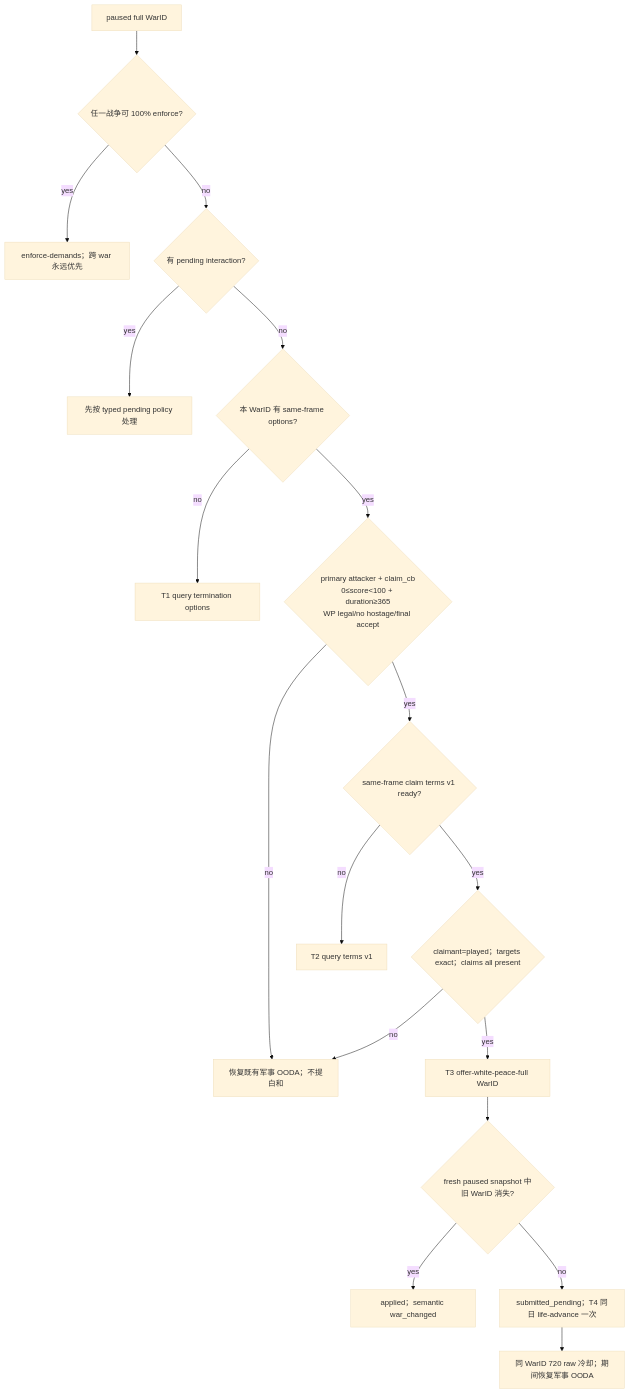
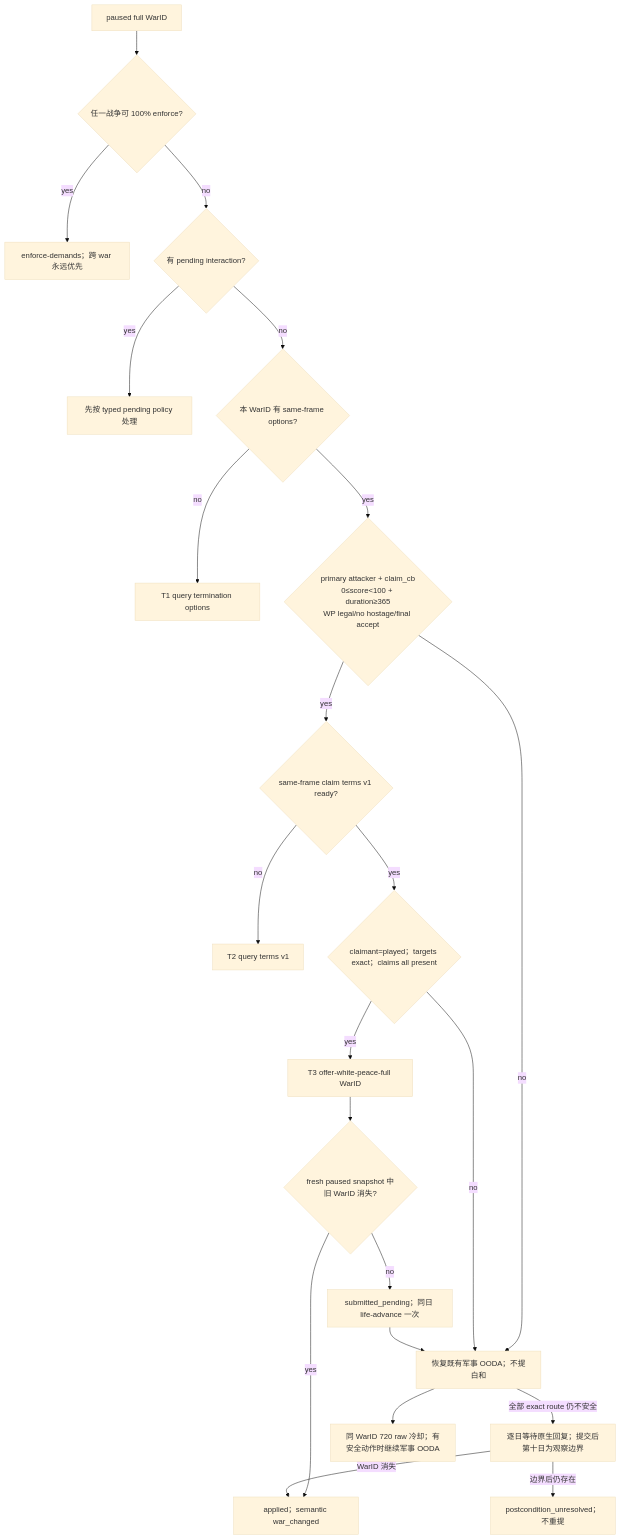
Diagram 15 of 18 in docs/ck3-native-ai/war-termination.md (XenoAmess/ck3_eternal_recurrence), drawn with Mermaid (base theme) before and after one commit. The commit also changed other lines of this file and 6 other files, not shown here.

````diff
--- a/docs/ck3-native-ai/war-termination.md
+++ b/docs/ck3-native-ai/war-termination.md
@@ -1417,20 +1417,24 @@
 ```mermaid
 flowchart TD
     S["paused full WarID"] --> E{"任一战争可 100% enforce?"}
     E -->|yes| V["enforce-demands；跨 war 永远优先"]
     E -->|no| P{"有 pending interaction?"}
     P -->|yes| PI["先按 typed pending policy 处理"]
     P -->|no| O{"本 WarID 有 same-frame options?"}
     O -->|no| QO["T1 query termination options"]
     O -->|yes| G{"primary attacker + claim_cb<br/>0≤score<100 + duration≥365<br/>WP legal/no hostage/final accept"}
     G -->|no| M["恢复既有军事 OODA；不提白和"]
     G -->|yes| T{"same-frame claim terms v1 ready?"}
     T -->|no| QT["T2 query terms v1"]
     T -->|yes| C{"claimant=played；targets exact；claims all present"}
     C -->|no| M
     C -->|yes| W["T3 offer-white-peace-full WarID"]
     W --> A{"fresh paused snapshot 中旧 WarID 消失?"}
     A -->|yes| X["applied；semantic war_changed"]
-    A -->|no| SP["submitted_pending；T4 同日 life-advance 一次"]
-    SP --> CD["同 WarID 720 raw 冷却；期间恢复军事 OODA"]
+    A -->|no| SP["submitted_pending；同日 life-advance 一次"]
+    SP --> M
+    M -->|全部 exact route 仍不安全| RW["逐日等待原生回复；提交后第十日为观察边界"]
+    RW -->|WarID 消失| X
+    RW -->|边界后仍存在| U["postcondition_unresolved；不重提"]
+    M --> CD["同 WarID 720 raw 冷却；有安全动作时继续军事 OODA"]
 ```
````
